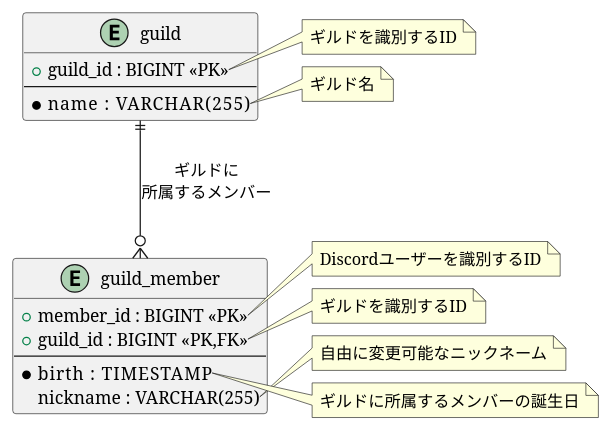
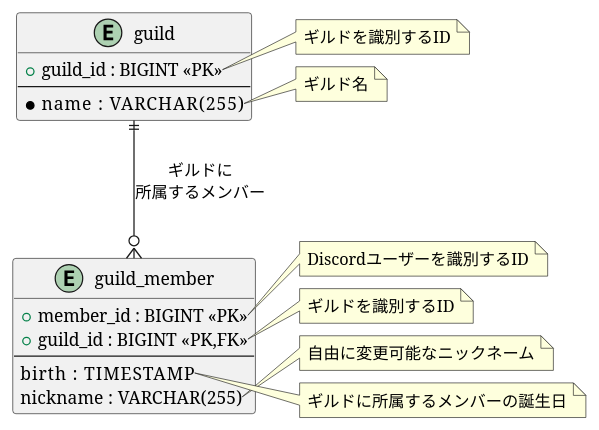
The diagram in docs/ER.puml (novum-d/zunda-bot-rs), drawn with PlantUML before and after one commit. The commit also changed 4 other files, not shown here.

```diff
--- a/docs/ER.puml
+++ b/docs/ER.puml
@@ -1,40 +1,40 @@
 @startuml
 entity "guild" as guild {
   +guild_id : BIGINT <<PK>>
   --
   *name      : VARCHAR(255)
 }
 note right of guild::guild_id
 ギルドを識別するID
 end note
 
 note right of guild::name
 ギルド名
 end note
 
 entity "guild_member" as member {
   +member_id : BIGINT <<PK>>
   +guild_id  : BIGINT <<PK,FK>>
   --
-  *birth      : TIMESTAMP
+  birth      : TIMESTAMP
   nickname   : VARCHAR(255)
 }
 note right of member::member_id
 Discordユーザーを識別するID
 end note
 
 note right of member::guild_id
 ギルドを識別するID
 end note
 
 note right of member::nickname
 自由に変更可能なニックネーム
 end note
 
 note right of member::birth
 ギルドに所属するメンバーの誕生日
 end note
 
 guild ||--o{ member : "ギルドに\n所属するメンバー"
 
 @enduml
```
